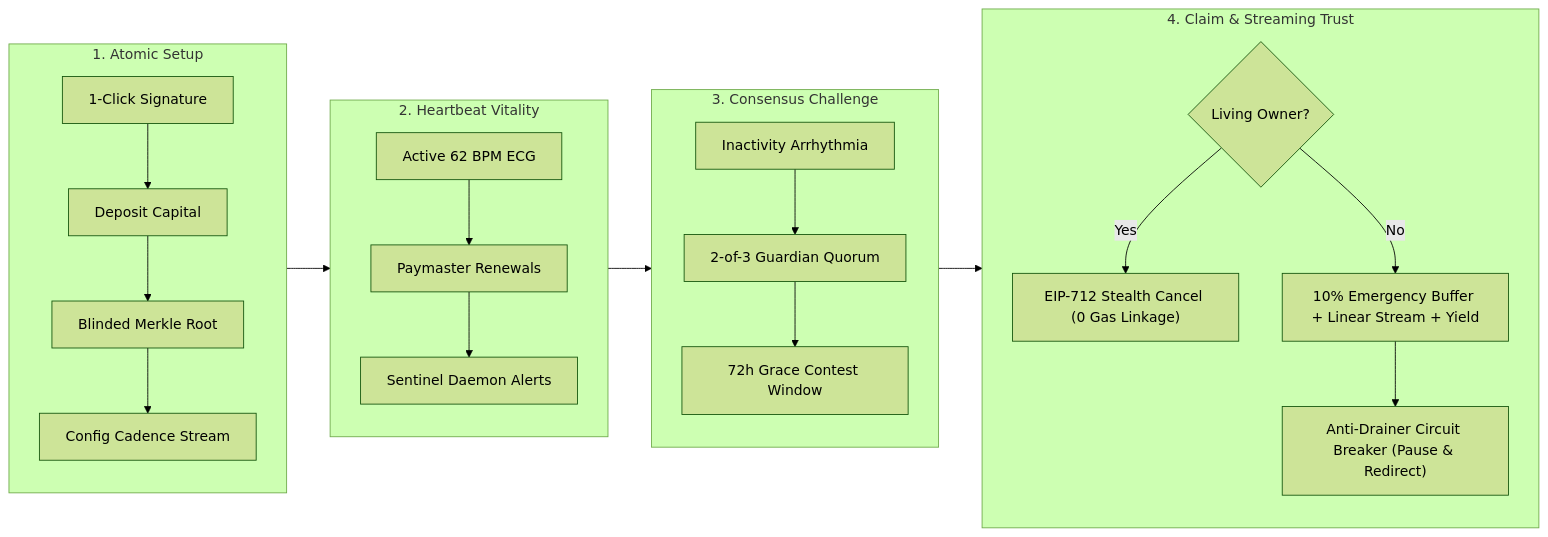
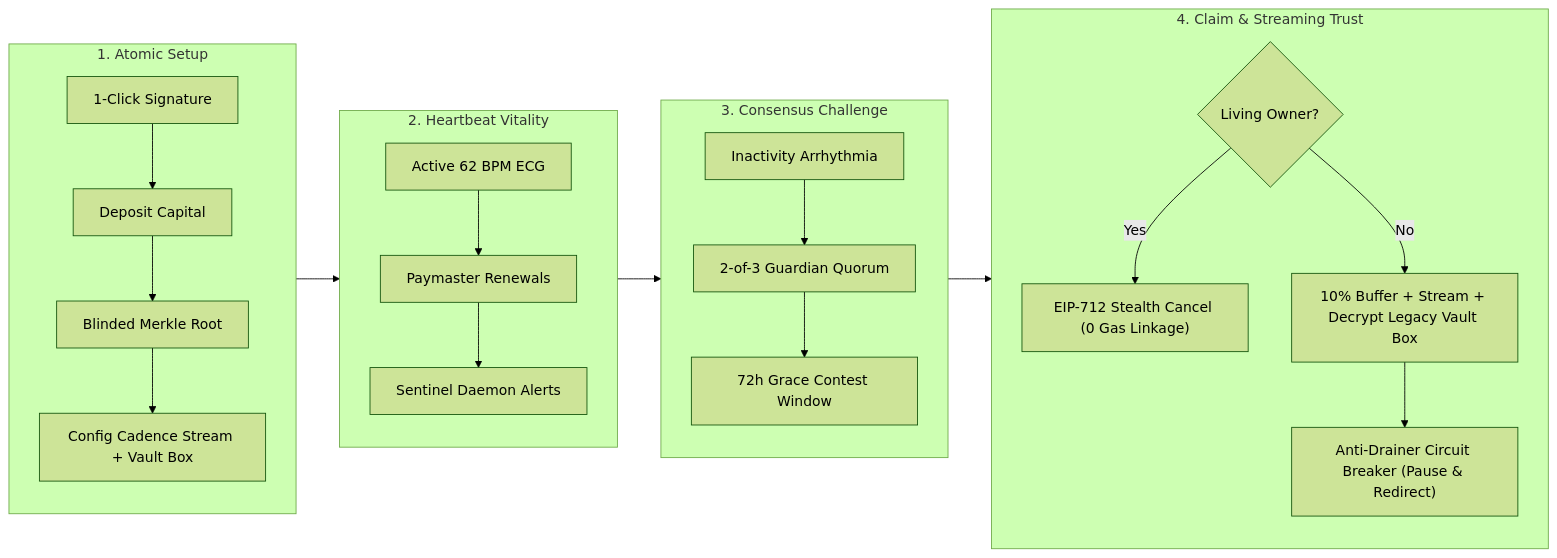
Before and after one commit to Bobo2005/cadence: the diagram in docs/PROJECT-SUBMISSION.md, drawn with Mermaid (forest theme). The commit also changed other lines of this file and 25 other files, not shown here.

````diff
--- a/docs/PROJECT-SUBMISSION.md
+++ b/docs/PROJECT-SUBMISSION.md
@@ -55,23 +56,23 @@
 ```mermaid
 flowchart LR
     subgraph S1["1. Atomic Setup"]
         A["1-Click Signature"] --> B["Deposit Capital"]
         B --> C["Blinded Merkle Root"]
-        C --> D["Config Cadence Stream"]
+        C --> D["Config Cadence Stream + Vault Box"]
     end
     subgraph S2["2. Heartbeat Vitality"]
         E["Active 62 BPM ECG"] --> F["Paymaster Renewals"]
         F --> G["Sentinel Daemon Alerts"]
     end
     subgraph S3["3. Consensus Challenge"]
         H["Inactivity Arrhythmia"] --> I["2-of-3 Guardian Quorum"]
         I --> J["72h Grace Contest Window"]
     end
     subgraph S4["4. Claim & Streaming Trust"]
         K{"Living Owner?"}
         K -- "Yes" --> L["EIP-712 Stealth Cancel (0 Gas Linkage)"]
-        K -- "No" --> M["10% Emergency Buffer + Linear Stream + Yield"]
+        K -- "No" --> M["10% Buffer + Stream + Decrypt Legacy Vault Box"]
         M --> N["Anti-Drainer Circuit Breaker (Pause & Redirect)"]
     end
     S1 --> S2 --> S3 --> S4
 ```
````
